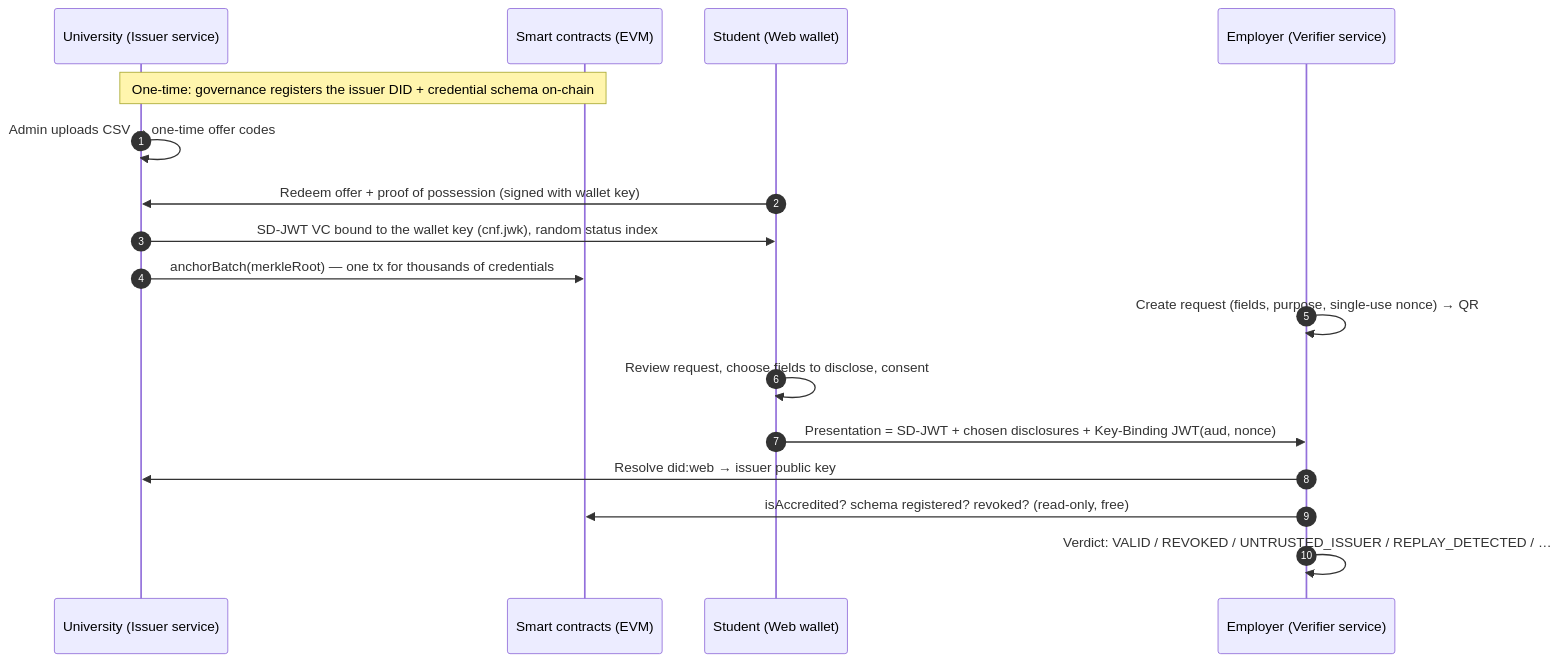
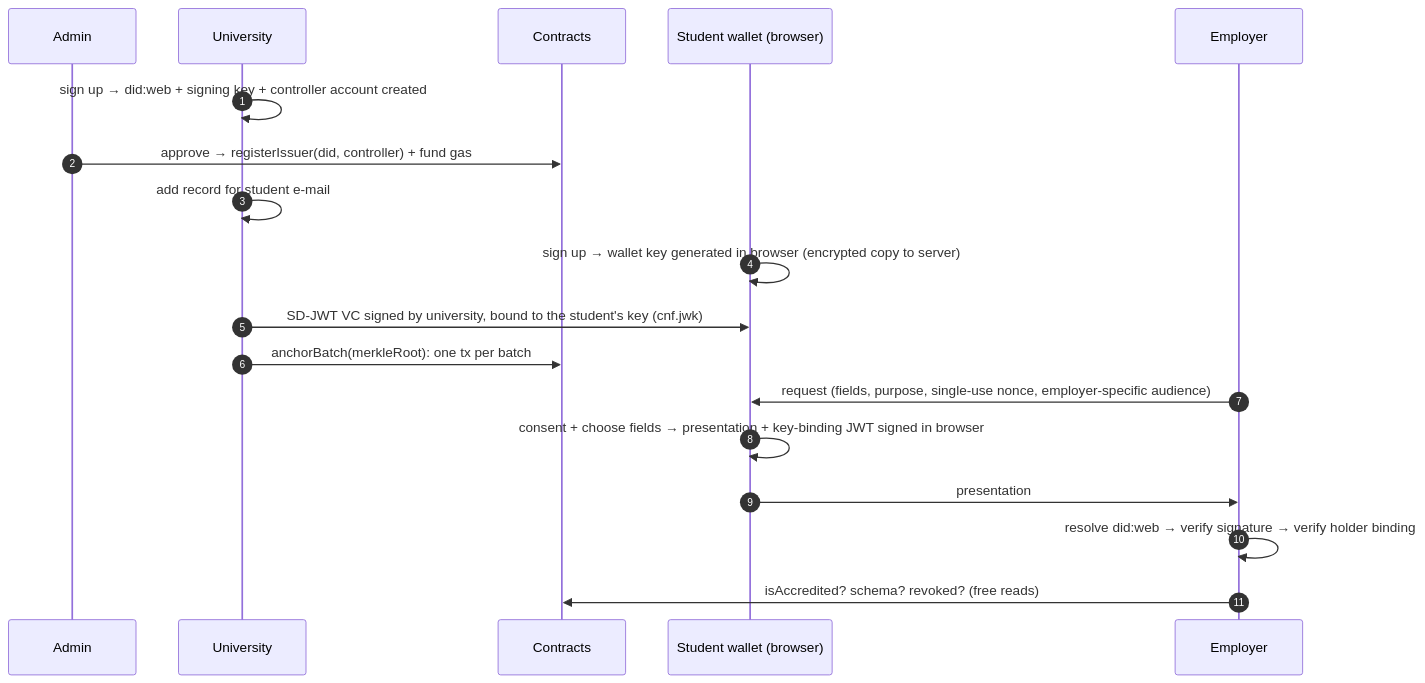
Before and after one commit to sanjxx19/blockcred: the diagram in README.md, drawn with Mermaid. The commit also changed other lines of this file and 49 other files, not shown here.

````diff
--- a/README.md
+++ b/README.md
@@ -42,20 +106,20 @@
 ```mermaid
 sequenceDiagram
     autonumber
-    participant U as University (Issuer service)
-    participant C as Smart contracts (EVM)
-    participant S as Student (Web wallet)
-    participant E as Employer (Verifier service)
-
-    Note over U,C: One-time: governance registers the issuer DID + credential schema on-chain
-    U->>U: Admin uploads CSV → one-time offer codes
-    S->>U: Redeem offer + proof of possession (signed with wallet key)
-    U->>S: SD-JWT VC bound to the wallet key (cnf.jwk), random status index
-    U->>C: anchorBatch(merkleRoot) — one tx for thousands of credentials
-    E->>E: Create request (fields, purpose, single-use nonce) → QR
-    S->>S: Review request, choose fields to disclose, consent
-    S->>E: Presentation = SD-JWT + chosen disclosures + Key-Binding JWT(aud, nonce)
-    E->>U: Resolve did:web → issuer public key
-    E->>C: isAccredited? schema registered? revoked? (read-only, free)
-    E->>E: Verdict: VALID / REVOKED / UNTRUSTED_ISSUER / REPLAY_DETECTED / …
+    participant A as Admin
+    participant U as University
+    participant C as Contracts
+    participant S as Student wallet (browser)
+    participant E as Employer
+    U->>U: sign up → did:web + signing key + controller account created
+    A->>C: approve → registerIssuer(did, controller) + fund gas
+    U->>U: add record for student e-mail
+    S->>S: sign up → wallet key generated in browser (encrypted copy to server)
+    U->>S: SD-JWT VC signed by university, bound to the student's key (cnf.jwk)
+    U->>C: anchorBatch(merkleRoot): one tx per batch
+    E->>S: request (fields, purpose, single-use nonce, employer-specific audience)
+    S->>S: consent + choose fields → presentation + key-binding JWT signed in browser
+    S->>E: presentation
+    E->>E: resolve did:web → verify signature → verify holder binding
+    E->>C: isAccredited? schema? revoked? (free reads)
 ```
````
